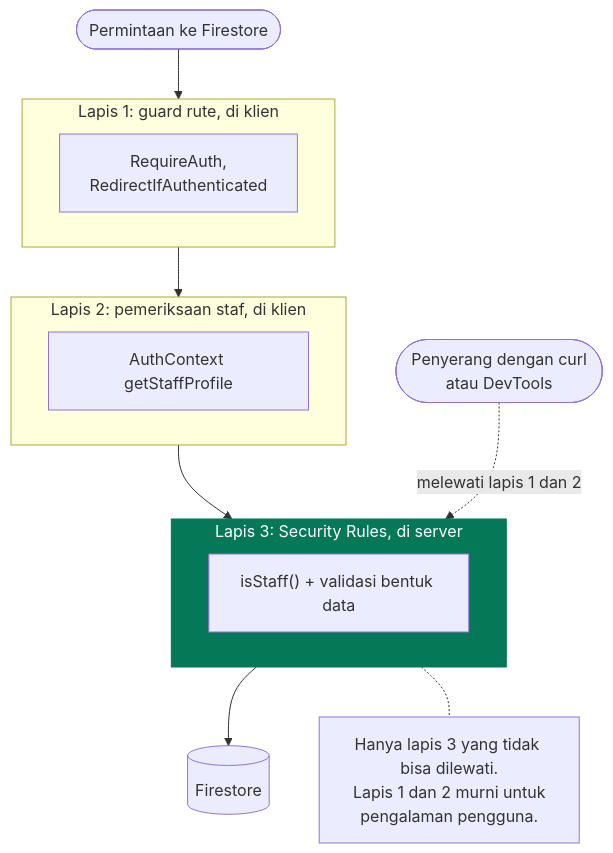
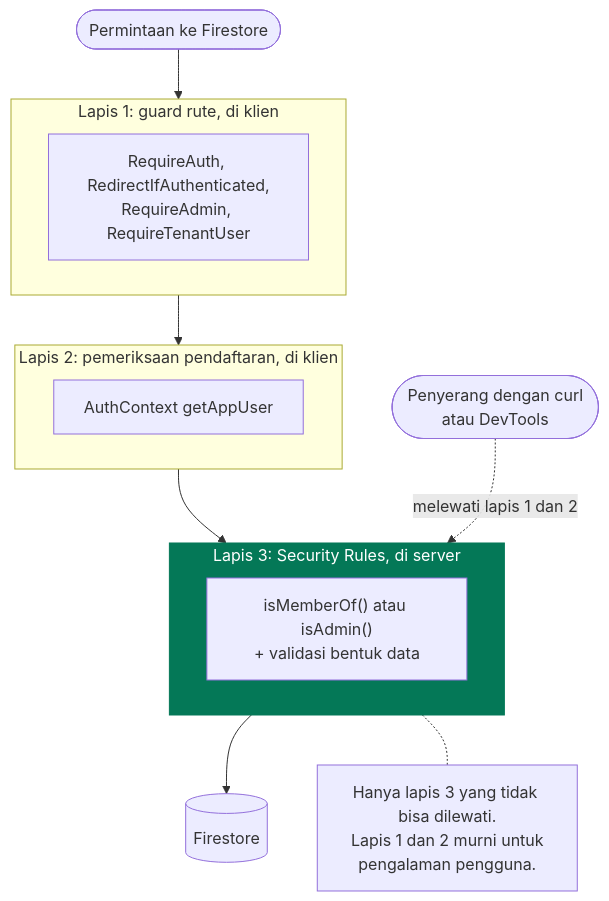
One commit to nadhimc/simple-pos-kkn-agung changed the second of 5 diagrams in docs/keamanan.md. Above: the diagram before and after it, drawn with Mermaid. The commit also changed other lines of this file and 10 other files, not shown here.

````diff
--- a/docs/keamanan.md
+++ b/docs/keamanan.md
@@ -64,26 +67,26 @@
 ```mermaid
 flowchart TD
   REQ(["Permintaan ke Firestore"]) --> L1
 
   subgraph L1["Lapis 1: guard rute, di klien"]
-    A1["RequireAuth,<br/>RedirectIfAuthenticated"]
+    A1["RequireAuth, RedirectIfAuthenticated,<br/>RequireAdmin, RequireTenantUser"]
   end
 
-  subgraph L2["Lapis 2: pemeriksaan staf, di klien"]
-    A2["AuthContext getStaffProfile"]
+  subgraph L2["Lapis 2: pemeriksaan pendaftaran, di klien"]
+    A2["AuthContext getAppUser"]
   end
 
   subgraph L3["Lapis 3: Security Rules, di server"]
-    A3["isStaff() + validasi bentuk data"]
+    A3["isMemberOf() atau isAdmin()<br/>+ validasi bentuk data"]
   end
 
   L1 --> L2 --> L3 --> DB[("Firestore")]
 
   BYPASS(["Penyerang dengan curl<br/>atau DevTools"]) -.->|"melewati lapis 1 dan 2"| L3
 
   note["Hanya lapis 3 yang tidak bisa dilewati.<br/>Lapis 1 dan 2 murni untuk<br/>pengalaman pengguna."]
   L3 -.- note
 
   classDef server fill:#047857,stroke:#047857,color:#ffffff
   class L3 server
 ```
````
